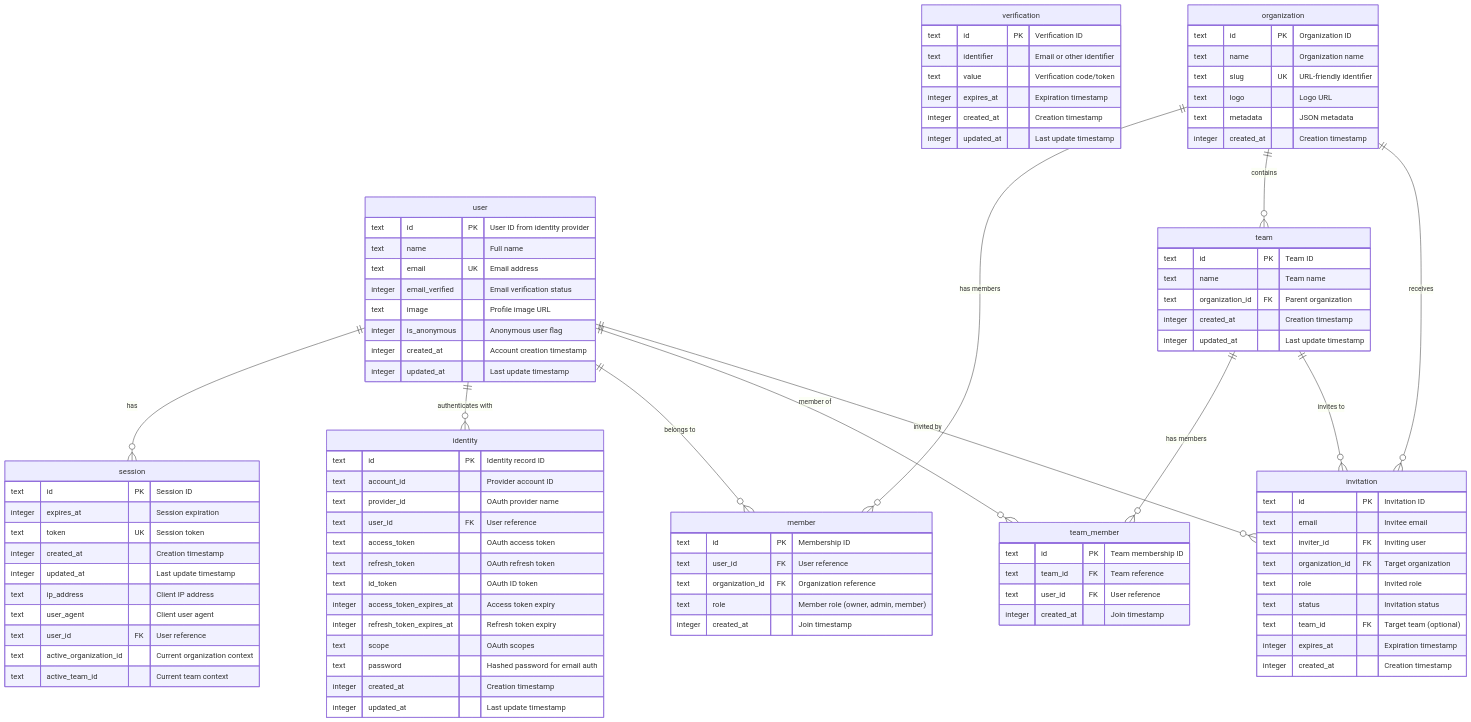
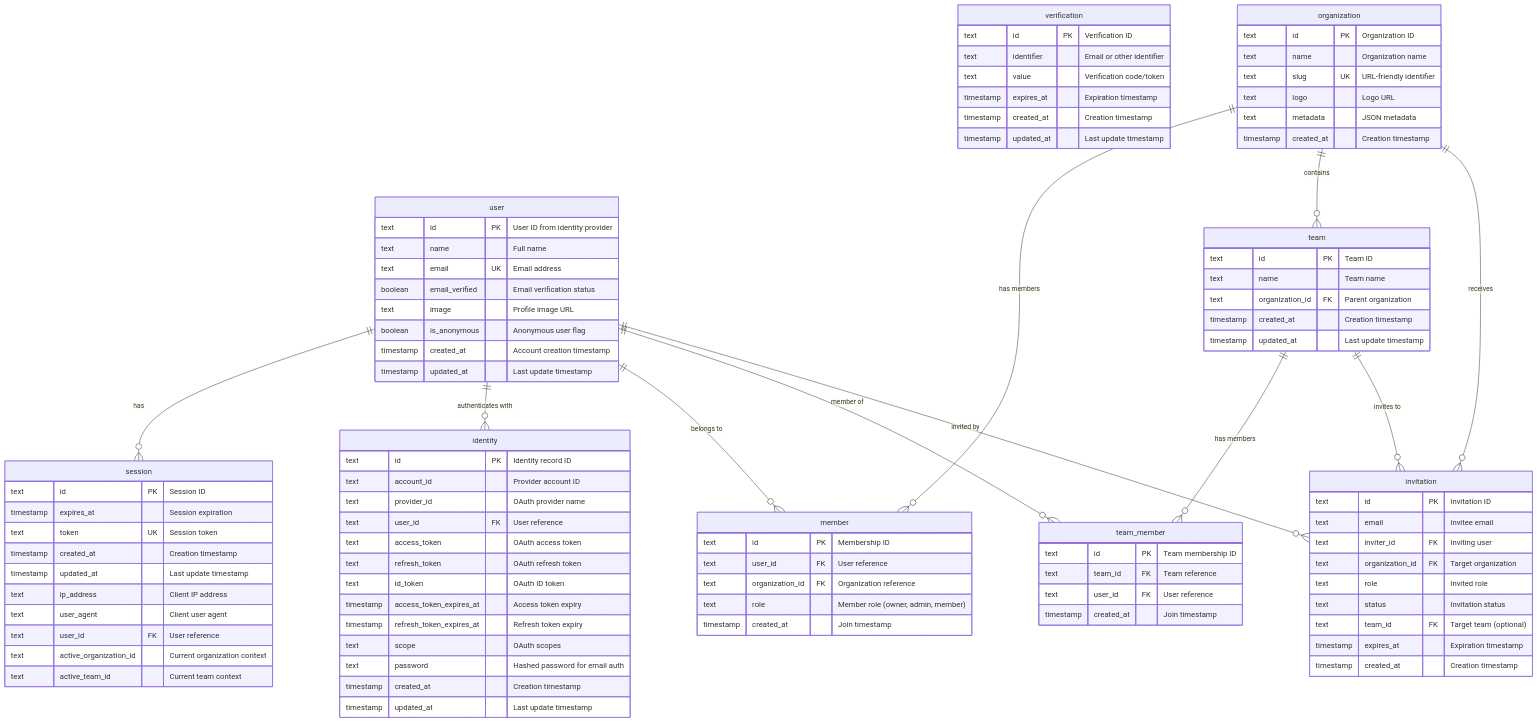
The diagram in docs/database-schema.md (kriasoft/react-starter-kit), drawn with Mermaid before and after one commit. The commit also changed other lines of this file and 64 other files, not shown here.

```diff
--- a/docs/database-schema.md
+++ b/docs/database-schema.md
@@ -28,19 +29,19 @@
         text id PK "User ID from identity provider"
         text name "Full name"
         text email UK "Email address"
-        integer email_verified "Email verification status"
+        boolean email_verified "Email verification status"
         text image "Profile image URL"
-        integer is_anonymous "Anonymous user flag"
-        integer created_at "Account creation timestamp"
-        integer updated_at "Last update timestamp"
+        boolean is_anonymous "Anonymous user flag"
+        timestamp created_at "Account creation timestamp"
+        timestamp updated_at "Last update timestamp"
     }
 
     session {
         text id PK "Session ID"
-        integer expires_at "Session expiration"
+        timestamp expires_at "Session expiration"
         text token UK "Session token"
-        integer created_at "Creation timestamp"
-        integer updated_at "Last update timestamp"
+        timestamp created_at "Creation timestamp"
+        timestamp updated_at "Last update timestamp"
         text ip_address "Client IP address"
         text user_agent "Client user agent"
         text user_id FK "User reference"
@@ -56,21 +57,21 @@
         text access_token "OAuth access token"
         text refresh_token "OAuth refresh token"
         text id_token "OAuth ID token"
-        integer access_token_expires_at "Access token expiry"
-        integer refresh_token_expires_at "Refresh token expiry"
+        timestamp access_token_expires_at "Access token expiry"
+        timestamp refresh_token_expires_at "Refresh token expiry"
         text scope "OAuth scopes"
         text password "Hashed password for email auth"
-        integer created_at "Creation timestamp"
-        integer updated_at "Last update timestamp"
+        timestamp created_at "Creation timestamp"
+        timestamp updated_at "Last update timestamp"
     }
 
     verification {
         text id PK "Verification ID"
         text identifier "Email or other identifier"
         text value "Verification code/token"
-        integer expires_at "Expiration timestamp"
-        integer created_at "Creation timestamp"
-        integer updated_at "Last update timestamp"
+        timestamp expires_at "Expiration timestamp"
+        timestamp created_at "Creation timestamp"
+        timestamp updated_at "Last update timestamp"
     }
 
     %% Multi-tenancy Tables
@@ -80,7 +81,7 @@
         text slug UK "URL-friendly identifier"
         text logo "Logo URL"
         text metadata "JSON metadata"
-        integer created_at "Creation timestamp"
+        timestamp created_at "Creation timestamp"
     }
 
     member {
@@ -88,22 +89,22 @@
         text user_id FK "User reference"
         text organization_id FK "Organization reference"
         text role "Member role (owner, admin, member)"
-        integer created_at "Join timestamp"
+        timestamp created_at "Join timestamp"
     }
 
     team {
         text id PK "Team ID"
         text name "Team name"
         text organization_id FK "Parent organization"
-        integer created_at "Creation timestamp"
-        integer updated_at "Last update timestamp"
+        timestamp created_at "Creation timestamp"
+        timestamp updated_at "Last update timestamp"
     }
 
     team_member {
         text id PK "Team membership ID"
         text team_id FK "Team reference"
         text user_id FK "User reference"
-        integer created_at "Join timestamp"
+        timestamp created_at "Join timestamp"
     }
 
     invitation {
@@ -114,8 +115,8 @@
         text role "Invited role"
         text status "Invitation status"
         text team_id FK "Target team (optional)"
-        integer expires_at "Expiration timestamp"
-        integer created_at "Creation timestamp"
+        timestamp expires_at "Expiration timestamp"
+        timestamp created_at "Creation timestamp"
     }
 
     %% Relationships
```
